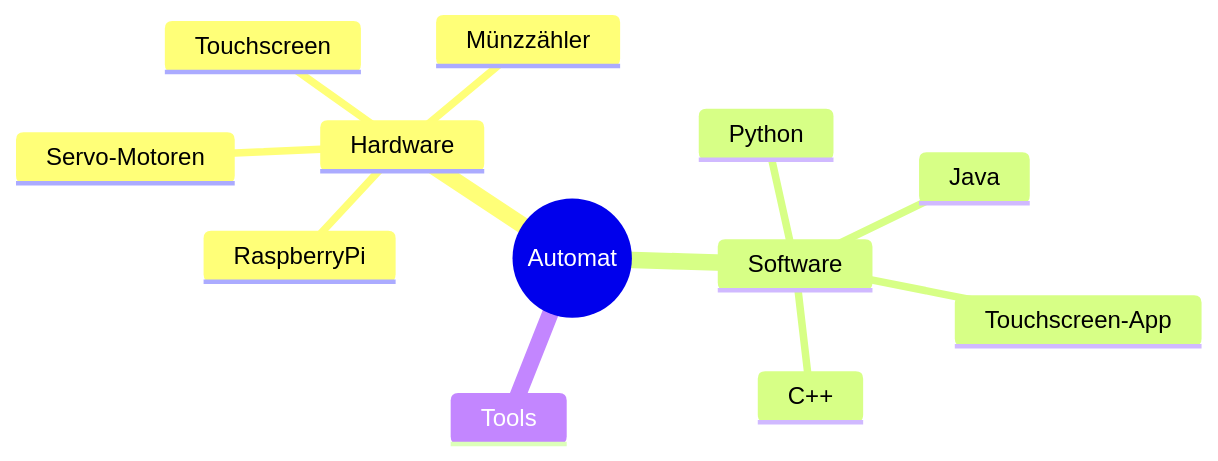
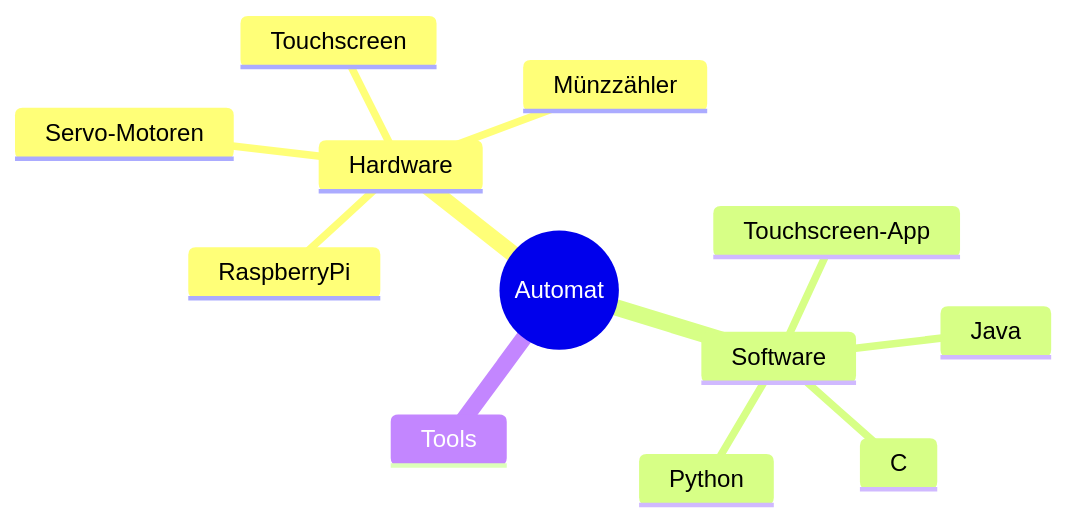
One commit to Darabrob/Projekt_Automat changed the diagram in README.md. Above: the diagram before and after it, drawn with Mermaid.

````diff
--- a/README.md
+++ b/README.md
@@ -3,16 +3,16 @@
 ```mermaid
 mindmap
   root((Automat))
     Hardware
       RaspberryPi
       Touchscreen
       Münzzähler
       Servo-Motoren
     Software
       Touchscreen-App
       Java
       Python
-      C++
+      C
     Tools
 
 ```
````
